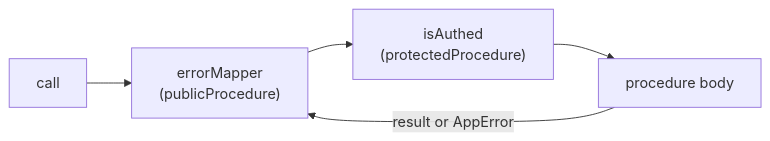
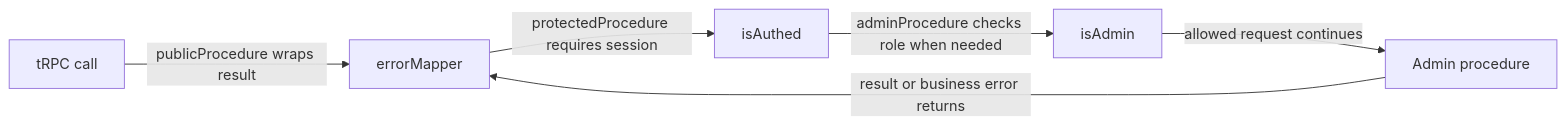
Before and after one commit to maheshnd/minitickets: the diagram in docs/handbook/concepts/trpc-middleware.md, drawn with Mermaid. The commit also changed other lines of this file and 119 other files, not shown here.

````diff
--- a/docs/handbook/concepts/trpc-middleware.md
+++ b/docs/handbook/concepts/trpc-middleware.md
@@ -19,7 +18,8 @@
 ```mermaid
 flowchart LR
-    call["call"] --> em["errorMapper<br/>(publicProcedure)"]
-    em --> auth["isAuthed<br/>(protectedProcedure)"]
-    auth --> proc["procedure body"]
-    proc -->|"result or AppError"| em
+call["tRPC call"] -->|"publicProcedure wraps result"| errors["errorMapper"]
+    errors -->|"protectedProcedure requires session"| auth["isAuthed"]
+    auth -->|"adminProcedure checks role when needed"| admin["isAdmin"]
+    admin -->|"allowed request continues"| procedure["Admin procedure"]
+    procedure -->|"result or business error returns"| errors
 ```
````
